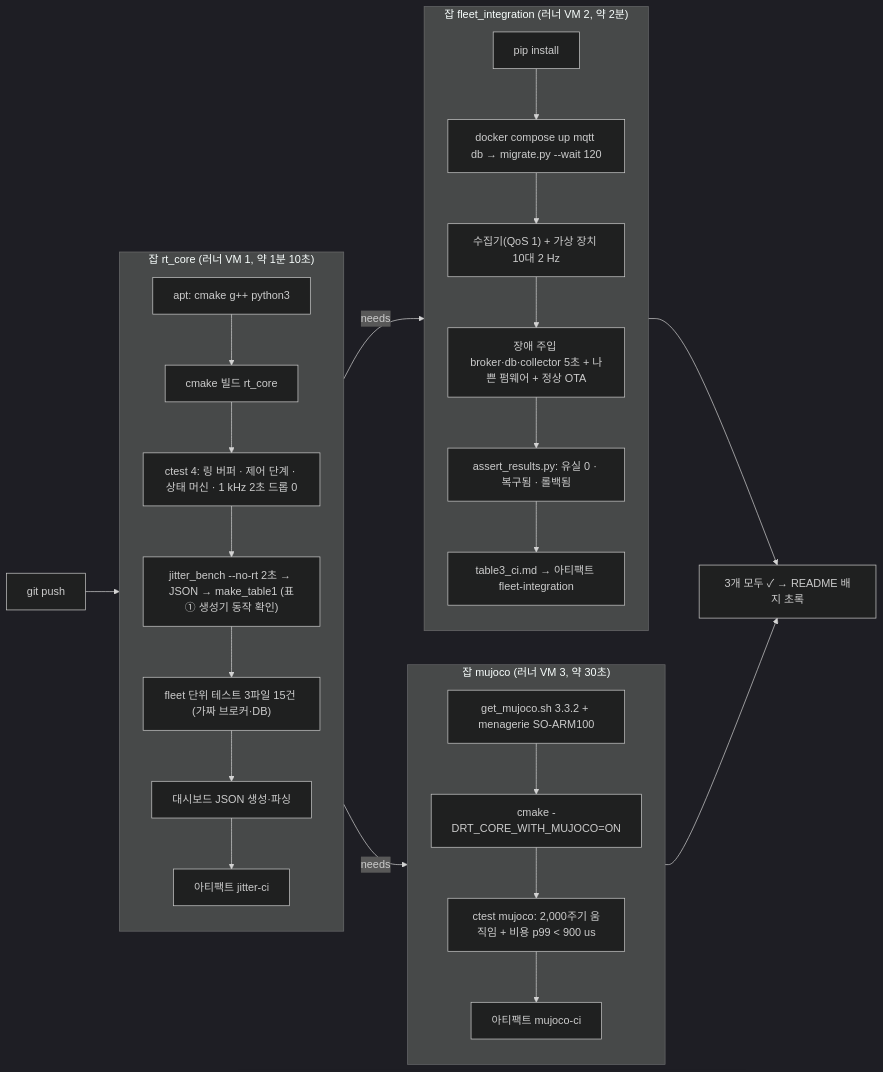
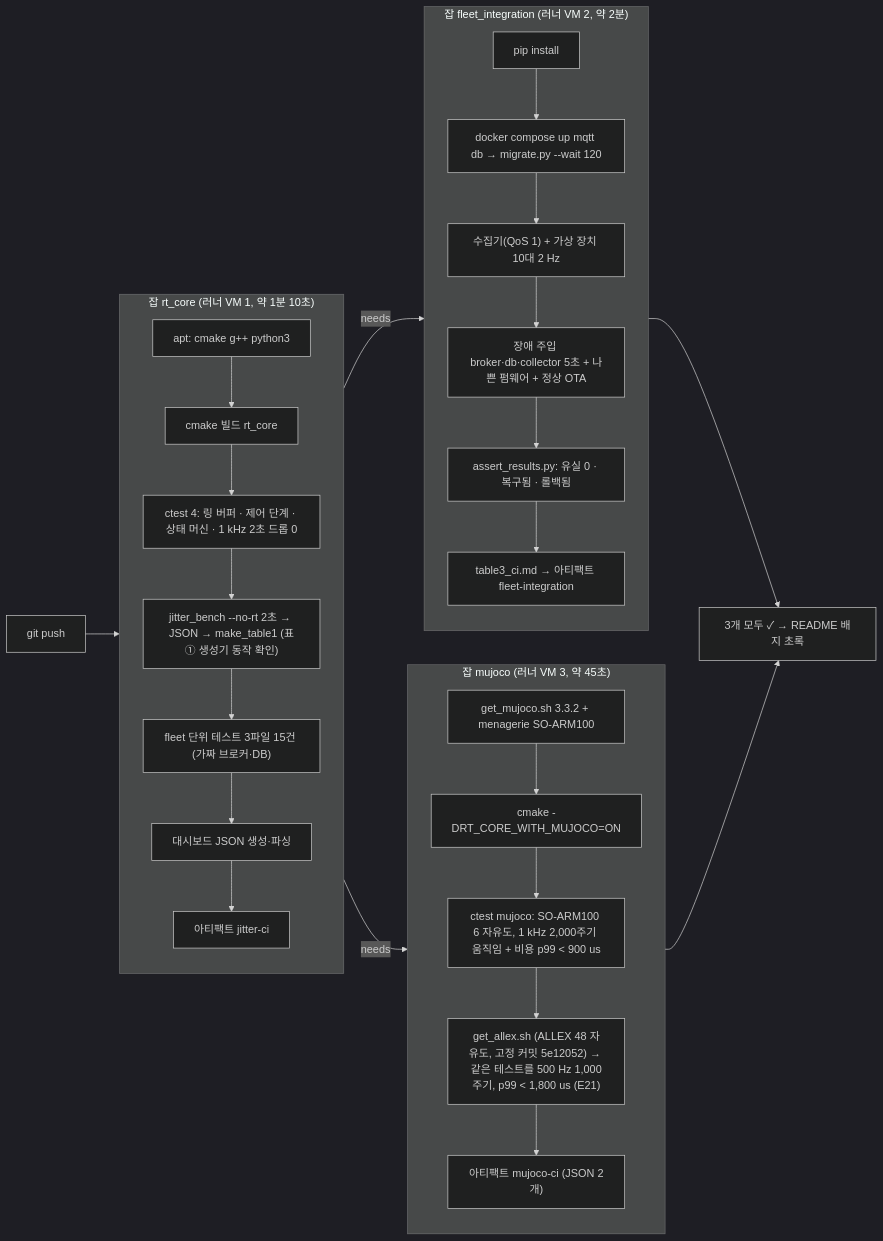
The second of 2 diagrams in docs/ENVIRONMENT.md (ohevance/rt-robot-data-infra), drawn with Mermaid (dark theme) before and after one commit. The commit also changed 16 other files, not shown here.

````diff
--- a/docs/ENVIRONMENT.md
+++ b/docs/ENVIRONMENT.md
@@ -118,24 +118,25 @@
 ```mermaid
 flowchart LR
   P["git push"] --> R1
   subgraph R1["잡 rt_core (러너 VM 1, 약 1분 10초)"]
     direction TB
     a1["apt: cmake g++ python3"] --> a2["cmake 빌드 rt_core"] --> a3["ctest 4: 링 버퍼 · 제어 단계 · 상태 머신 · 1 kHz 2초 드롭 0"]
     a3 --> a4["jitter_bench --no-rt 2초 → JSON → make_table1 (표① 생성기 동작 확인)"]
     a4 --> a5["fleet 단위 테스트 3파일 15건 (가짜 브로커·DB)"] --> a6["대시보드 JSON 생성·파싱"] --> a7["아티팩트 jitter-ci"]
   end
   R1 -- needs --> R2
   R1 -- needs --> R3
   subgraph R2["잡 fleet_integration (러너 VM 2, 약 2분)"]
     direction TB
     b1["pip install"] --> b2["docker compose up mqtt db → migrate.py --wait 120"]
     b2 --> b3["수집기(QoS 1) + 가상 장치 10대 2 Hz"] --> b4["장애 주입 broker·db·collector 5초 + 나쁜 펌웨어 + 정상 OTA"]
     b4 --> b5["assert_results.py: 유실 0 · 복구됨 · 롤백됨"] --> b6["table3_ci.md → 아티팩트 fleet-integration"]
   end
-  subgraph R3["잡 mujoco (러너 VM 3, 약 30초)"]
+  subgraph R3["잡 mujoco (러너 VM 3, 약 45초)"]
     direction TB
-    c1["get_mujoco.sh 3.3.2 + menagerie SO-ARM100"] --> c2["cmake -DRT_CORE_WITH_MUJOCO=ON"] --> c3["ctest mujoco: 2,000주기 움직임 + 비용 p99 < 900 us"] --> c4["아티팩트 mujoco-ci"]
+    c1["get_mujoco.sh 3.3.2 + menagerie SO-ARM100"] --> c2["cmake -DRT_CORE_WITH_MUJOCO=ON"] --> c3["ctest mujoco: SO-ARM100 6 자유도, 1 kHz 2,000주기 움직임 + 비용 p99 < 900 us"]
+    c3 --> c3b["get_allex.sh (ALLEX 48 자유도, 고정 커밋 5e12052) → 같은 테스트를 500 Hz 1,000주기, p99 < 1,800 us (E21)"] --> c4["아티팩트 mujoco-ci (JSON 2개)"]
   end
   R2 --> OK["3개 모두 ✓ → README 배지 초록"]
   R3 --> OK
 ```
````
